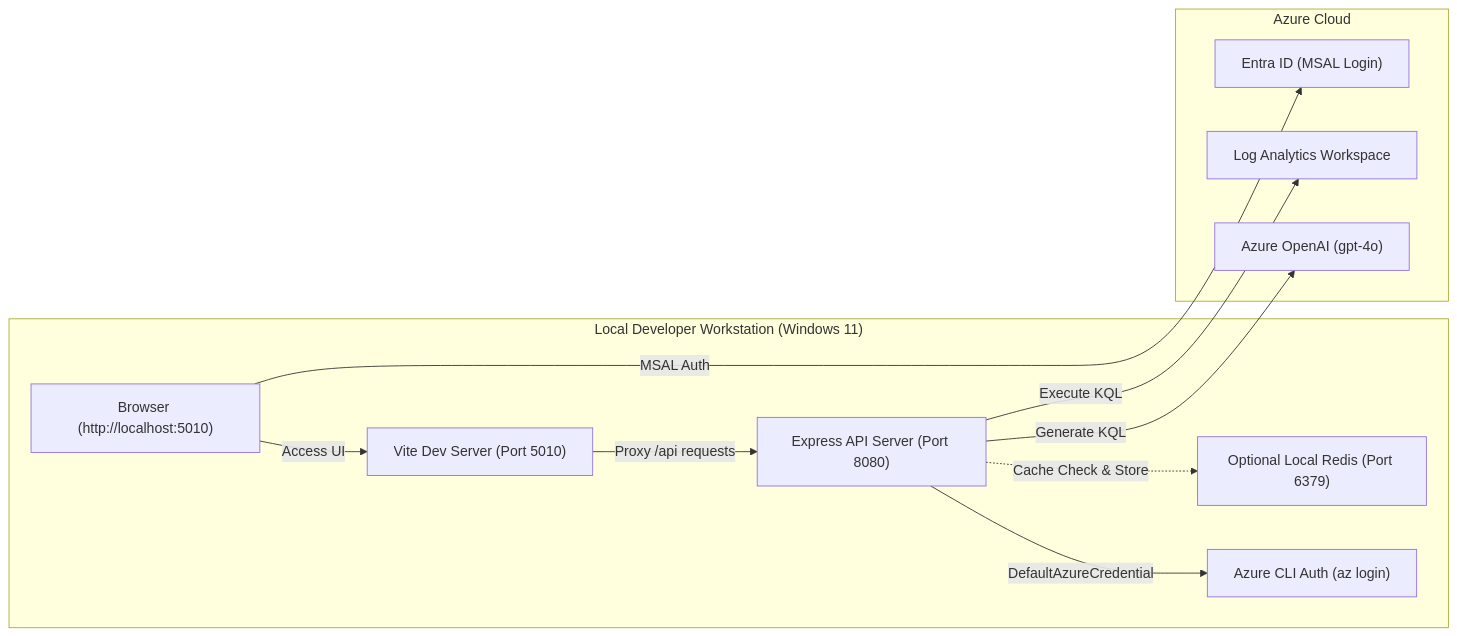
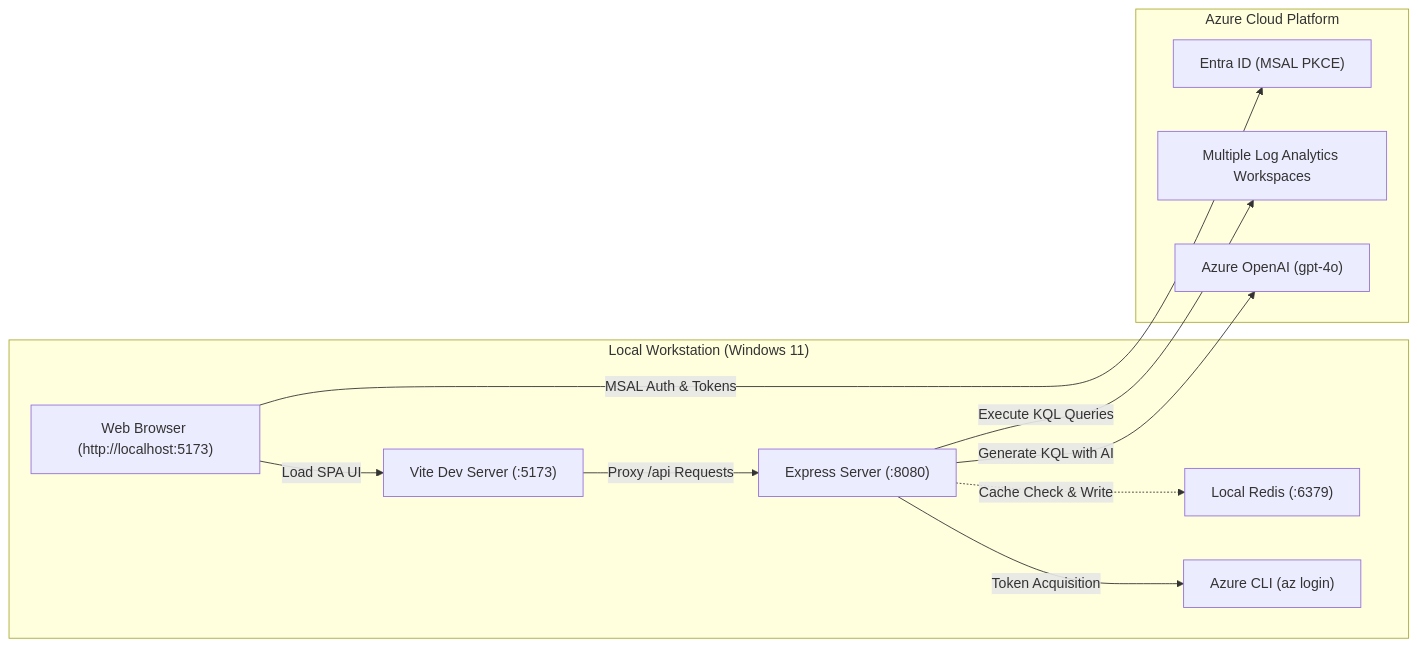
Before and after one commit to diny1729/LogAnalytics: the fifth of 6 diagrams in Architecture.md, drawn with Mermaid. The commit also changed other lines of this file and 26 other files, not shown here.

Commit message:
feat: update architecture, README, client and server documentation with multi-subscription & multi-workspace log view

````diff
--- a/Architecture.md
+++ b/Architecture.md
@@ -183,24 +209,24 @@
 ```mermaid
 graph LR
-    subgraph DeveloperMachine ["Local Developer Workstation (Windows 11)"]
-        Browser["Browser (http://localhost:5010)"]
-        ViteDev["Vite Dev Server (Port 5010)"]
-        ExpressDev["Express API Server (Port 8080)"]
-        LocalRedis["Optional Local Redis (Port 6379)"]
-        AzCLI["Azure CLI Auth (az login)"]
+    subgraph DevStation ["Local Workstation (Windows 11)"]
+        Browser["Web Browser (http://localhost:5173)"]
+        Vite["Vite Dev Server (:5173)"]
+        Express["Express Server (:8080)"]
+        RedisLocal["Local Redis (:6379)"]
+        AzCLI["Azure CLI (az login)"]
     end
 
-    subgraph AzureCloud ["Azure Cloud"]
-        EntraID["Entra ID (MSAL Login)"]
-        LogAnalytics["Log Analytics Workspace"]
-        AzureOpenAI["Azure OpenAI (gpt-4o)"]
+    subgraph AzureServices ["Azure Cloud Platform"]
+        Entra["Entra ID (MSAL PKCE)"]
+        Workspaces["Multiple Log Analytics Workspaces"]
+        OpenAIInstance["Azure OpenAI (gpt-4o)"]
     end
 
-    Browser -->|Access UI| ViteDev
-    ViteDev -->|Proxy /api requests| ExpressDev
-    Browser -->|MSAL Auth| EntraID
-    ExpressDev -.->|Cache Check & Store| LocalRedis
-    ExpressDev -->|DefaultAzureCredential| AzCLI
-    ExpressDev -->|Execute KQL| LogAnalytics
-    ExpressDev -->|Generate KQL| AzureOpenAI
+    Browser -->|Load SPA UI| Vite
+    Vite -->|Proxy /api Requests| Express
+    Browser -->|MSAL Auth & Tokens| Entra
+    Express -.->|Cache Check & Write| RedisLocal
+    Express -->|Token Acquisition| AzCLI
+    Express -->|Execute KQL Queries| Workspaces
+    Express -->|Generate KQL with AI| OpenAIInstance
 ```
````
